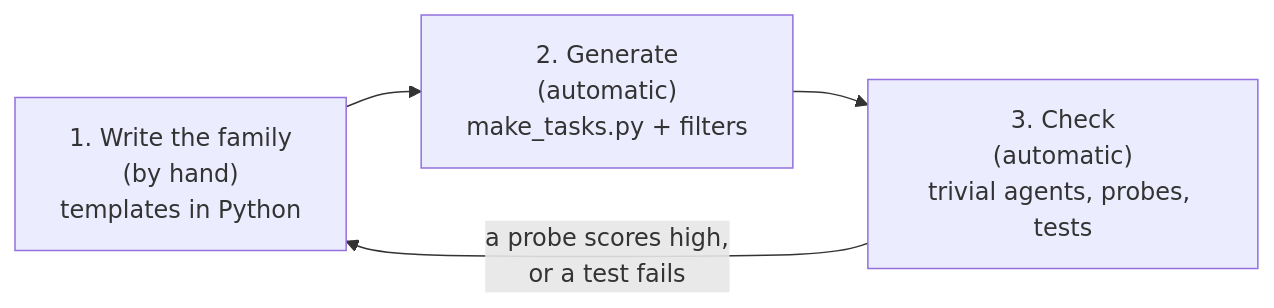
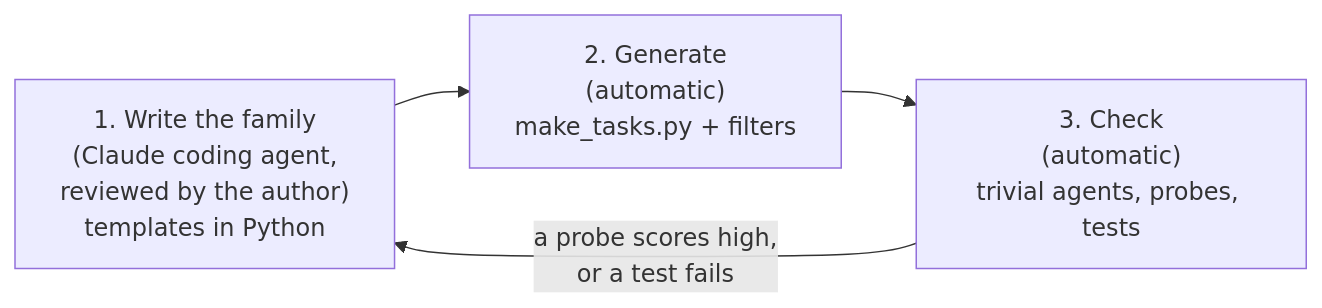
Before and after one commit to aptgetnitin/whatifgym: the sixth of 11 diagrams in README.md, drawn with Mermaid. The commit also changed other lines of this file, not shown here.

Commit message:
README: say who wrote the families: a Claude coding agent, reviewed by the author

````diff
--- a/README.md
+++ b/README.md
@@ -309,6 +309,6 @@
 ```mermaid
 flowchart LR
-    W["1. Write the family<br/>(by hand)<br/>templates in Python"] --> G["2. Generate<br/>(automatic)<br/>make_tasks.py + filters"]
+    W["1. Write the family<br/>(Claude coding agent,<br/>reviewed by the author)<br/>templates in Python"] --> G["2. Generate<br/>(automatic)<br/>make_tasks.py + filters"]
     G --> C["3. Check<br/>(automatic)<br/>trivial agents, probes, tests"]
     C -- "a probe scores high,<br/>or a test fails" --> W
 ```
````
